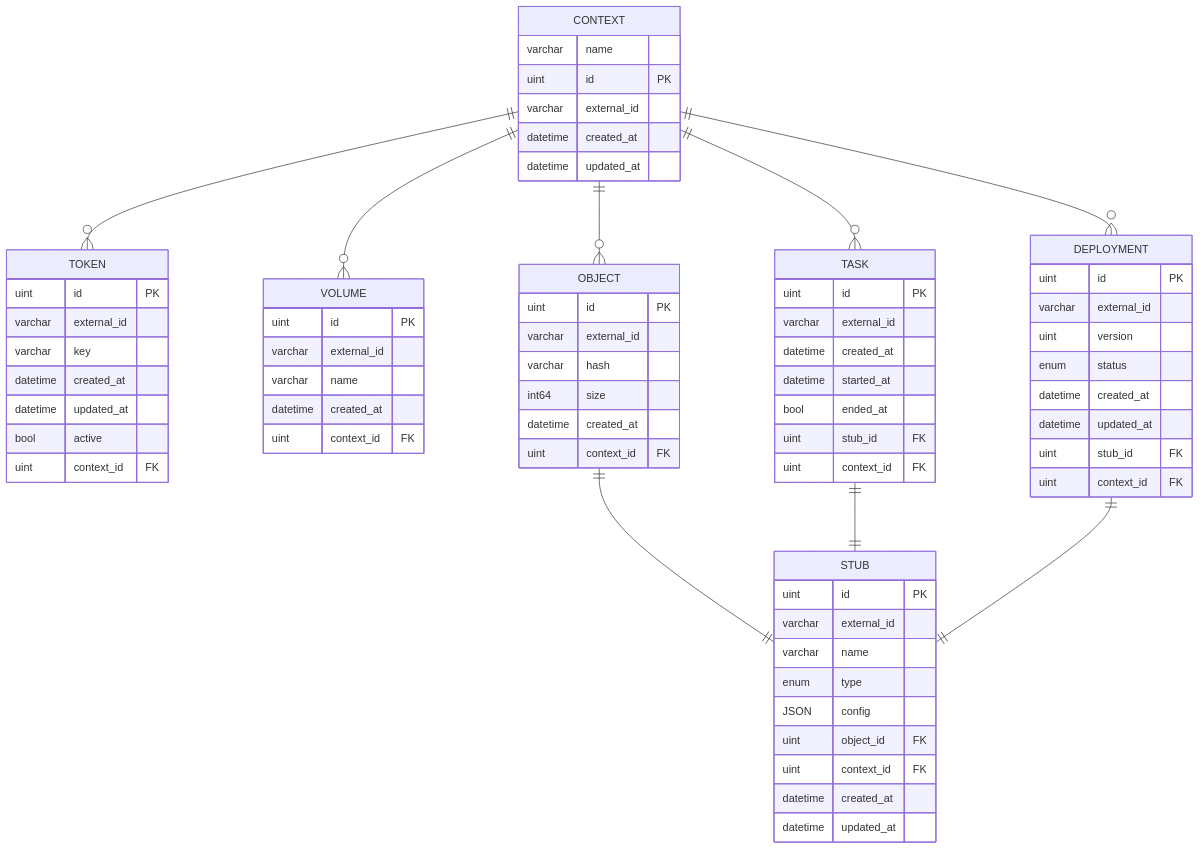
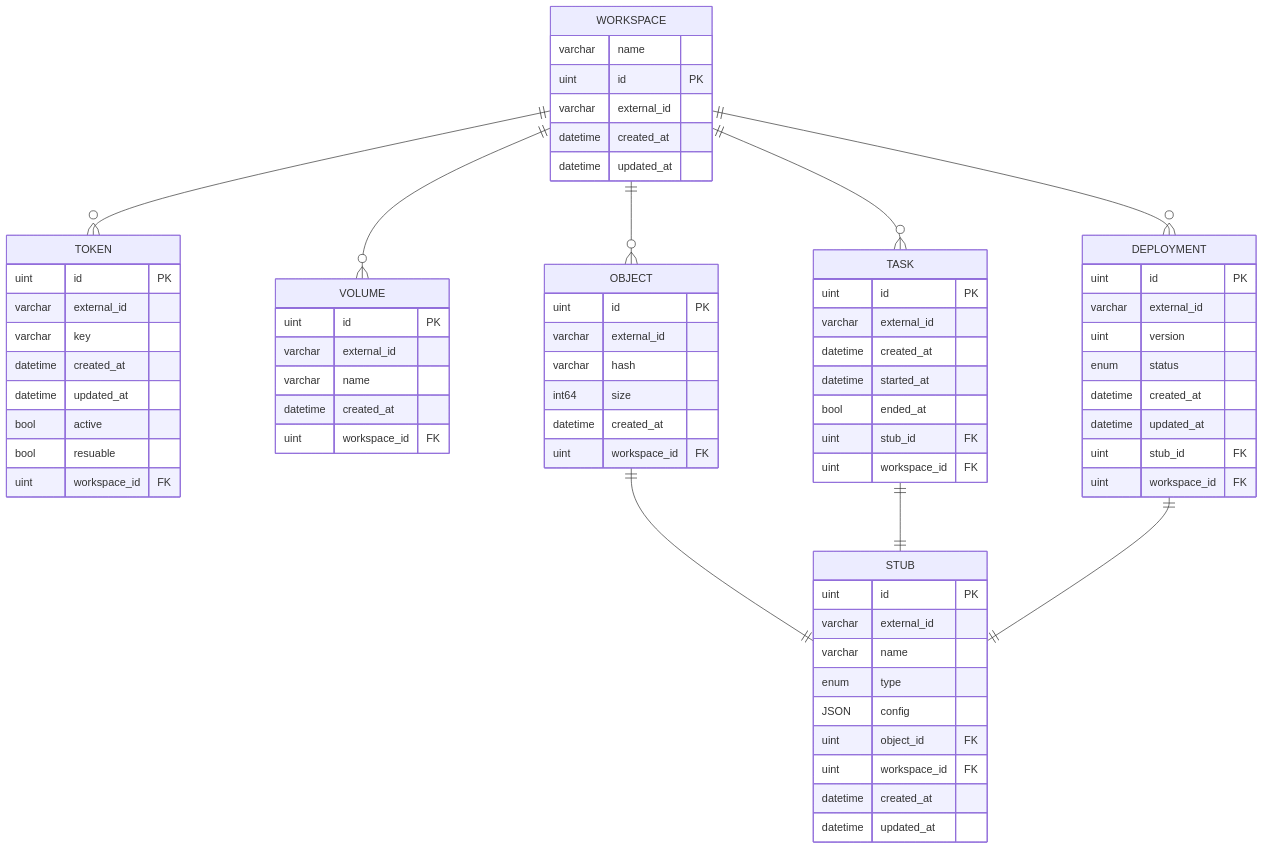
One commit to beam-cloud/beta9 changed the diagram in docs/datamodels/backend.md. Above: the diagram before and after it, drawn with Mermaid. The commit also changed 59 other files, not shown here.

````diff
--- a/docs/datamodels/backend.md
+++ b/docs/datamodels/backend.md
@@ -1,83 +1,84 @@
 ```mermaid
 
 erDiagram
 
-    CONTEXT {
+    WORKSPACE {
         varchar name
         uint id PK
         varchar external_id
         datetime created_at
         datetime updated_at
     }
 
     TOKEN {
         uint id PK
         varchar external_id
         varchar key
         datetime created_at
         datetime updated_at
         bool active
-        uint context_id FK
+        bool resuable
+        uint workspace_id FK
     }
 
     VOLUME {
         uint id PK
         varchar external_id
         varchar name
         datetime created_at
-        uint context_id FK
+        uint workspace_id FK
     }
 
     DEPLOYMENT {
         uint id PK
         varchar external_id
         uint version
         enum status
         datetime created_at
         datetime updated_at
         uint stub_id FK
-        uint context_id FK
+        uint workspace_id FK
     }
 
     TASK {
         uint id PK
         varchar external_id
         datetime created_at
         datetime started_at
         bool ended_at
         uint stub_id FK
-        uint context_id FK
+        uint workspace_id FK
     }
 
     STUB {
         uint id PK
         varchar external_id
         varchar name
         enum type
         JSON config
         uint object_id FK
-        uint context_id FK
+        uint workspace_id FK
         datetime created_at
         datetime updated_at
     }
 
     OBJECT {
         uint id PK
         varchar external_id
         varchar hash
         int64 size
         datetime created_at
-        uint context_id FK
+        uint workspace_id FK
     }
 
-    CONTEXT ||--o{ TOKEN : " "
-    CONTEXT ||--o{ VOLUME : " "
-    CONTEXT ||--o{ DEPLOYMENT : " "
-    CONTEXT ||--o{ TASK : " "
-    CONTEXT ||--o{ OBJECT : " "
+    WORKSPACE ||--o{ TOKEN : " "
+    WORKSPACE ||--o{ VOLUME : " "
+    WORKSPACE ||--o{ DEPLOYMENT : " "
+    WORKSPACE ||--o{ TASK : " "
+    WORKSPACE ||--o{ OBJECT : " "
     OBJECT ||--|| STUB : " "
     TASK ||--|| STUB : " "
     DEPLOYMENT ||--|| STUB : " "
 
 
 ```
````
